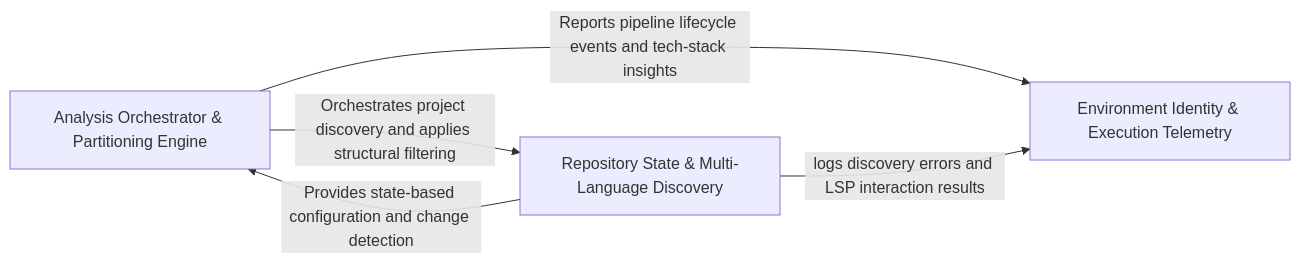
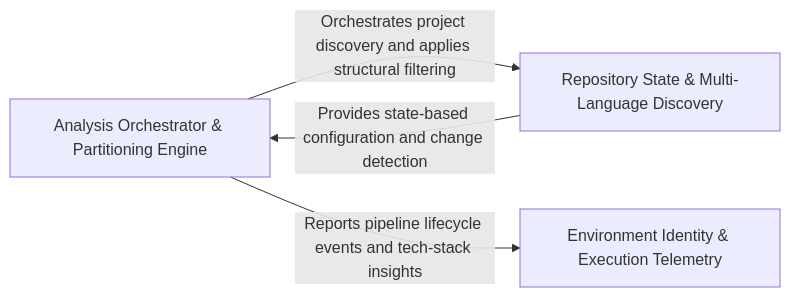
The diagram in .codeboarding/Static_Analysis_Engine_Repository_Utilities.md (CodeBoarding/CodeBoarding), drawn with Mermaid before and after one commit. The commit also changed other lines of this file and 7 other files, not shown here.

Commit message:
chore(codeboarding): sync architecture baseline

````diff
--- a/.codeboarding/Static_Analysis_Engine_Repository_Utilities.md
+++ b/.codeboarding/Static_Analysis_Engine_Repository_Utilities.md
@@ -1,11 +1,10 @@
 ```mermaid
 graph LR
     Analysis_Orchestrator_Partitioning_Engine["Analysis Orchestrator & Partitioning Engine"]
     Repository_State_Multi_Language_Discovery["Repository State & Multi-Language Discovery"]
     Environment_Identity_Execution_Telemetry["Environment Identity & Execution Telemetry"]
     Analysis_Orchestrator_Partitioning_Engine -- "Orchestrates project discovery and applies structural filtering" --> Repository_State_Multi_Language_Discovery
     Analysis_Orchestrator_Partitioning_Engine -- "Reports pipeline lifecycle events and tech-stack insights" --> Environment_Identity_Execution_Telemetry
     Repository_State_Multi_Language_Discovery -- "Provides state-based configuration and change detection" --> Analysis_Orchestrator_Partitioning_Engine
-    Repository_State_Multi_Language_Discovery -- "logs discovery errors and LSP interaction results" --> Environment_Identity_Execution_Telemetry
     click Analysis_Orchestrator_Partitioning_Engine href "https://github.com/CodeBoarding/CodeBoarding/blob/main/.codeboarding/Analysis_Orchestrator_Partitioning_Engine.md" "Details"
 ```
````
